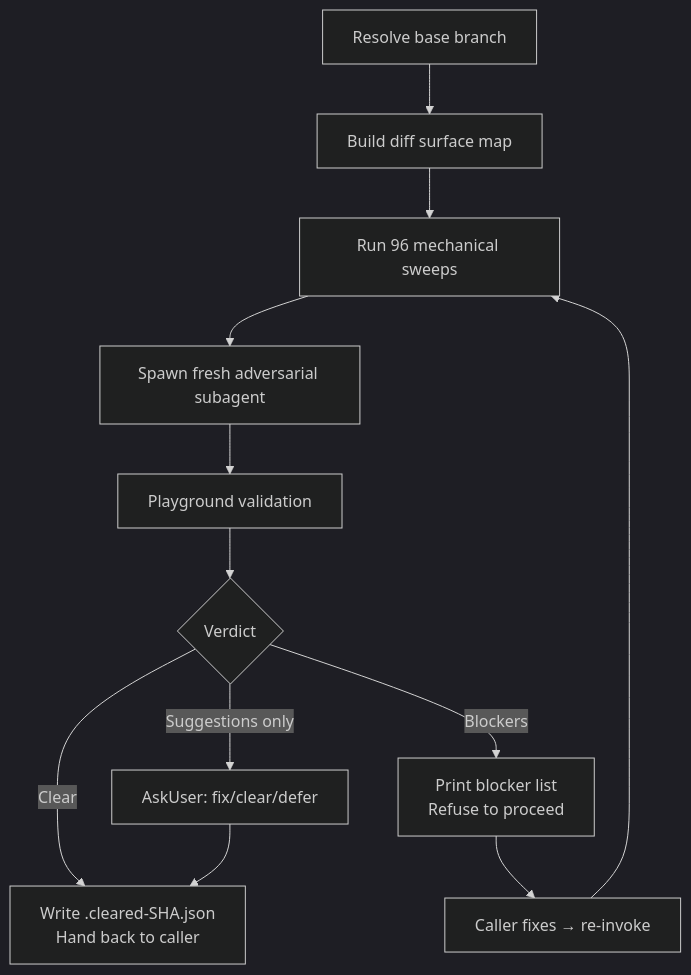
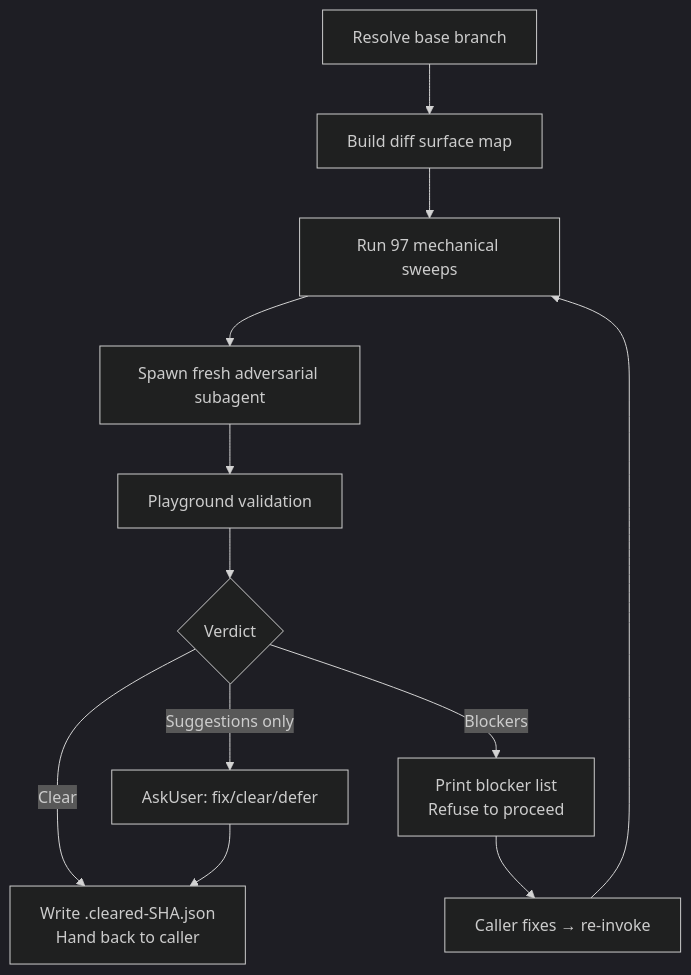
Before and after one commit to whizzzkid/skills: the diagram in skills/adversarial-review/README.md, drawn with Mermaid (dark theme). The commit also changed other lines of this file and 13 other files, not shown here.

````diff
--- a/skills/adversarial-review/README.md
+++ b/skills/adversarial-review/README.md
@@ -16,14 +16,14 @@
 ```mermaid
 flowchart TD
     A[Resolve base branch] --> B[Build diff surface map]
-    B --> C[Run 96 mechanical sweeps]
+    B --> C[Run 97 mechanical sweeps]
     C --> D[Spawn fresh adversarial subagent]
     D --> E[Playground validation]
     E --> F{Verdict}
     F -->|Clear| G[Write .cleared-SHA.json<br/>Hand back to caller]
     F -->|Blockers| H[Print blocker list<br/>Refuse to proceed]
     F -->|Suggestions only| I[AskUser: fix/clear/defer]
     H --> J[Caller fixes → re-invoke]
     J --> C
     I --> G
 ```
````
